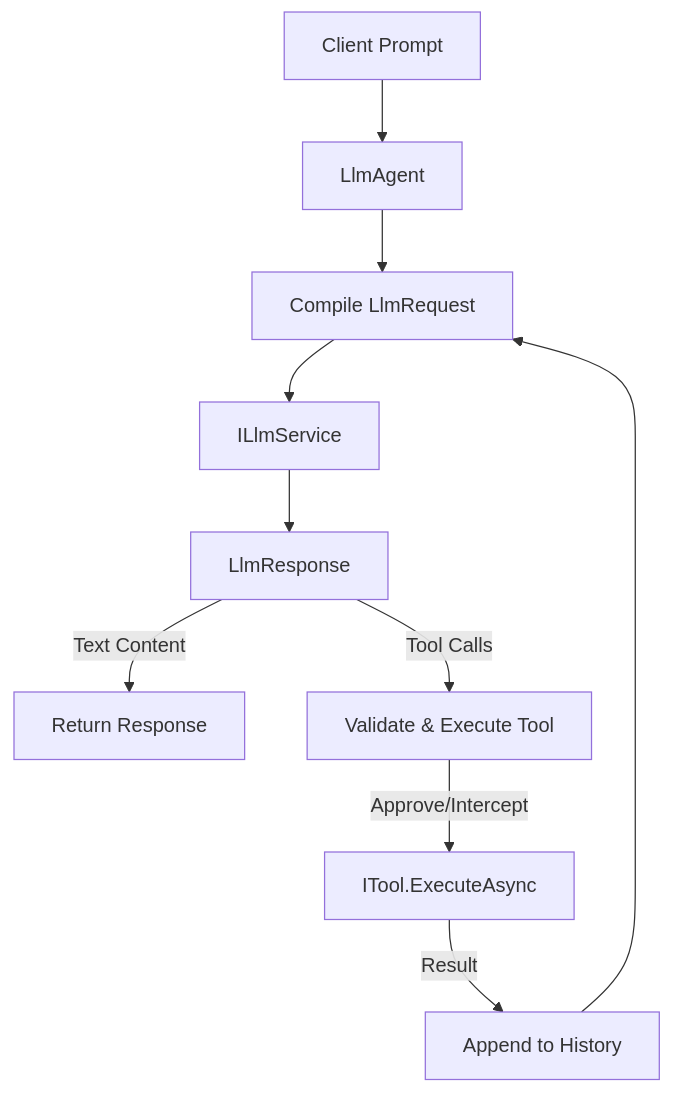
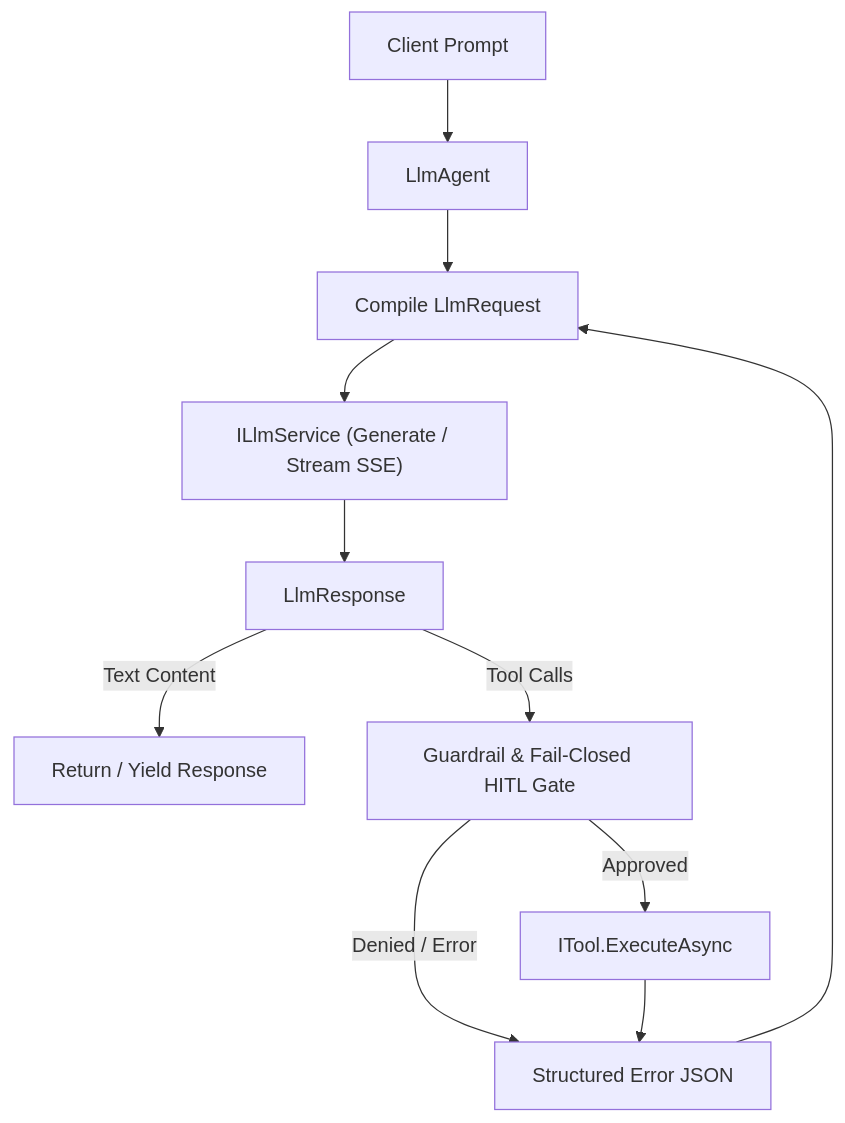
Before and after one commit to ian-cowley/AgentDevKit: the diagram in MANUAL.md, drawn with Mermaid. The commit also changed other lines of this file and 21 other files, not shown here.

Commit message:
Remediate AgentDevKit.Adk v1.1.0: dynamic schemas, SSE tool deltas, fail-closed HITL, and Native AOT

````diff
--- a/MANUAL.md
+++ b/MANUAL.md
@@ -15,12 +15,13 @@
 ```mermaid
-graph TD
-    Client[Client Prompt] --> Agent[LlmAgent]
-    Agent --> Request[Compile LlmRequest]
-    Request --> LLM[ILlmService]
-    LLM --> Response[LlmResponse]
-    Response -->|Text Content| Complete[Return Response]
-    Response -->|Tool Calls| Loop[Validate & Execute Tool]
-    Loop -->|Approve/Intercept| Tool[ITool.ExecuteAsync]
-    Tool -->|Result| Feedback[Append to History]
+flowchart TD
+    Client["Client Prompt"] --> Agent["LlmAgent"]
+    Agent --> Request["Compile LlmRequest"]
+    Request --> LLM["ILlmService (Generate / Stream SSE)"]
+    LLM --> Response["LlmResponse"]
+    Response -->|"Text Content"| Complete["Return / Yield Response"]
+    Response -->|"Tool Calls"| Loop["Guardrail & Fail-Closed HITL Gate"]
+    Loop -->|"Approved"| Tool["ITool.ExecuteAsync"]
+    Loop -->|"Denied / Error"| Feedback["Structured Error JSON"]
+    Tool --> Feedback
     Feedback --> Request
 ```
````
